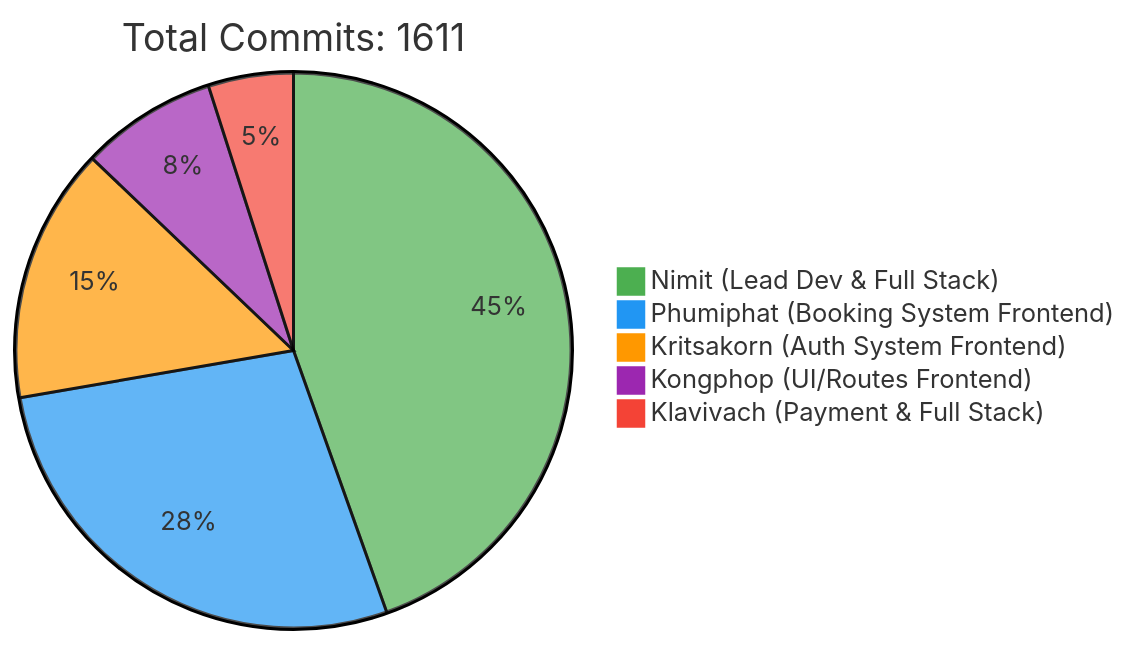
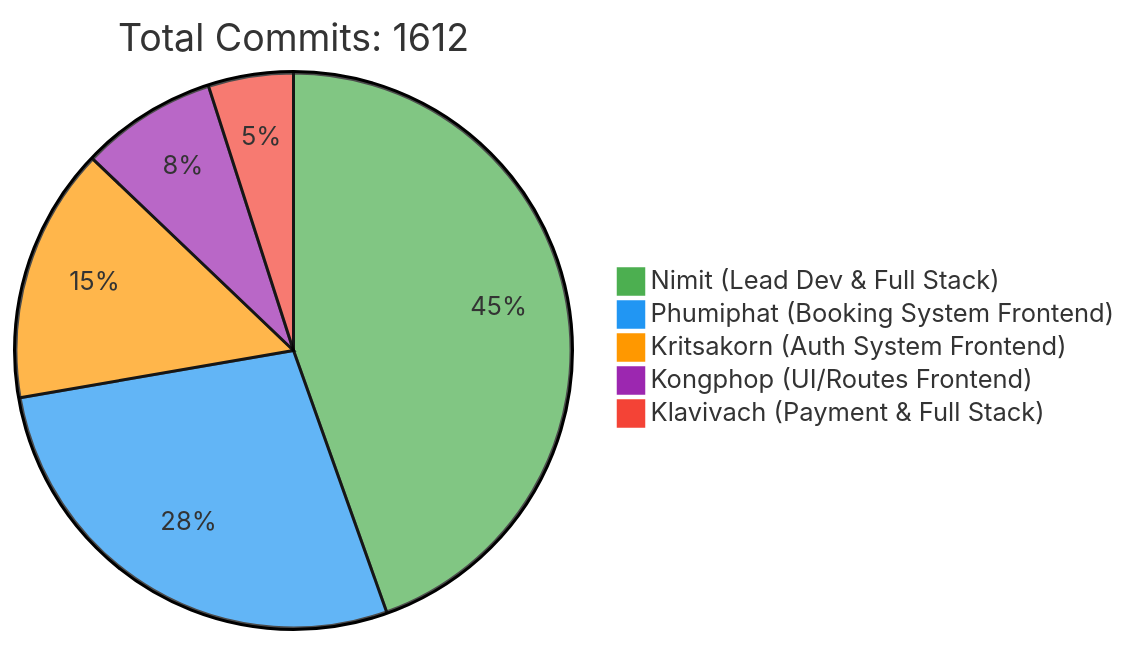
One commit to 6531503042/Sport-Complex changed the first of 2 diagrams in README.md. Above: the diagram before and after it, drawn with Mermaid. The commit also changed other lines of this file, not shown here.

Commit message:
docs: Update contributor statistics [skip ci]

````diff
--- a/README.md
+++ b/README.md
@@ -257,10 +257,10 @@
 ```mermaid
 %%{init: {'theme': 'base', 'themeVariables': { 'pie1': '#4CAF50', 'pie2': '#2196F3', 'pie3': '#FF9800', 'pie4': '#9C27B0', 'pie5': '#F44336'}}}%%
 pie
-    title Total Commits: 1611
+    title Total Commits: 1612
     "Nimit (Lead Dev & Full Stack)" : 450
     "Phumiphat (Booking System Frontend)" : 280
     "Kritsakorn (Auth System Frontend)" : 150
     "Kongphop (UI/Routes Frontend)" : 80
     "Klavivach (Payment & Full Stack)" : 50
 ```
````
